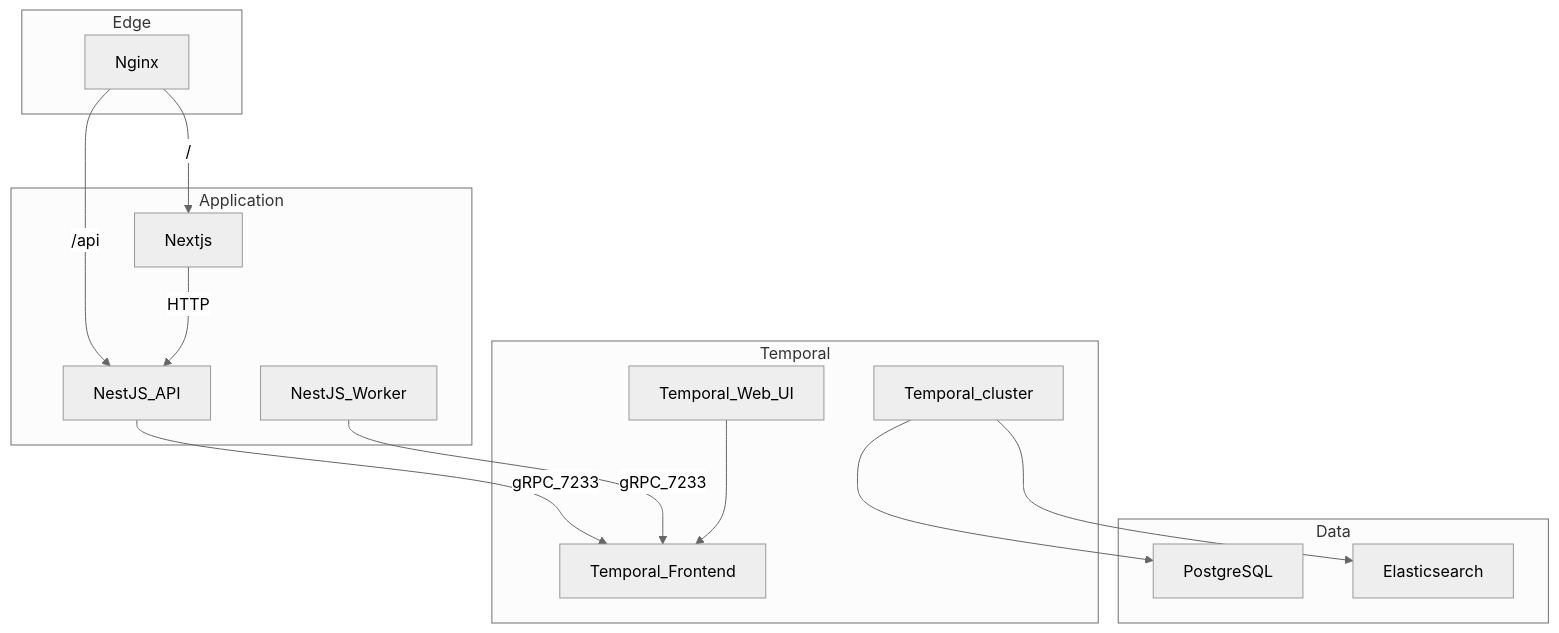
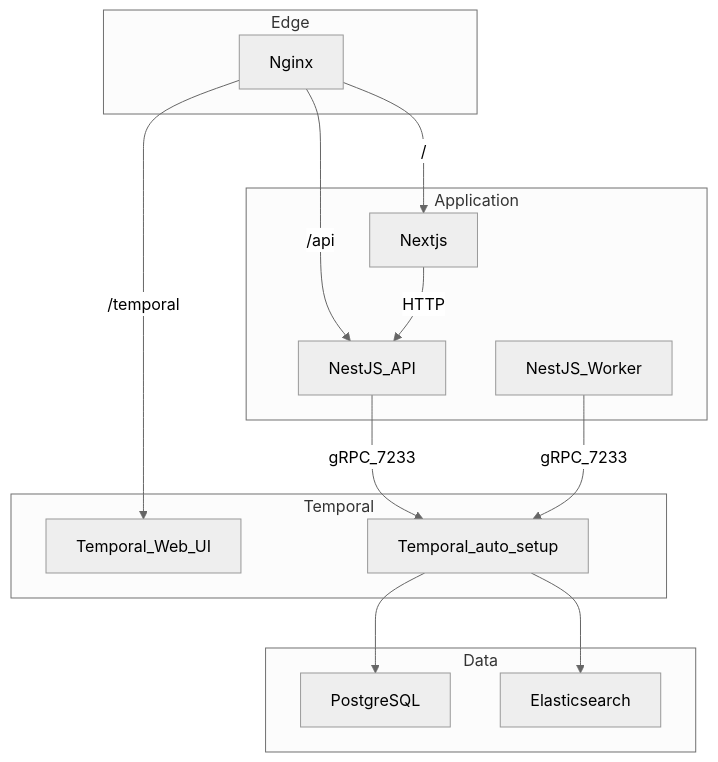
Before and after one commit to richardliuca/BusServProv-Web: the diagram in .cursor/plans/architecture-aligned_web_stack_7934c9e1.plan.md, drawn with Mermaid (neutral theme). The commit also changed other lines of this file and 2 other files, not shown here.

````diff
--- a/.cursor/plans/architecture-aligned_web_stack_7934c9e1.plan.md
+++ b/.cursor/plans/architecture-aligned_web_stack_7934c9e1.plan.md
@@ -59,28 +66,27 @@
 ```mermaid
 flowchart TB
   subgraph edge [Edge]
     nginx[Nginx]
   end
   subgraph app [Application]
     next[Nextjs]
     api[NestJS_API]
     worker[NestJS_Worker]
   end
   subgraph temporal [Temporal]
     twui[Temporal_Web_UI]
-    tfe[Temporal_Frontend]
-    tcluster[Temporal_cluster]
+    tfe[Temporal_auto_setup]
   end
   subgraph data [Data]
     pg[PostgreSQL]
     es[Elasticsearch]
   end
   nginx -->|"/"| next
   nginx -->|"/api"| api
+  nginx -->|"/temporal"| twui
   next -->|HTTP| api
   api -->|gRPC_7233| tfe
   worker -->|gRPC_7233| tfe
-  twui --> tfe
-  tcluster --> pg
-  tcluster --> es
+  tfe --> pg
+  tfe --> es
 ```
````
